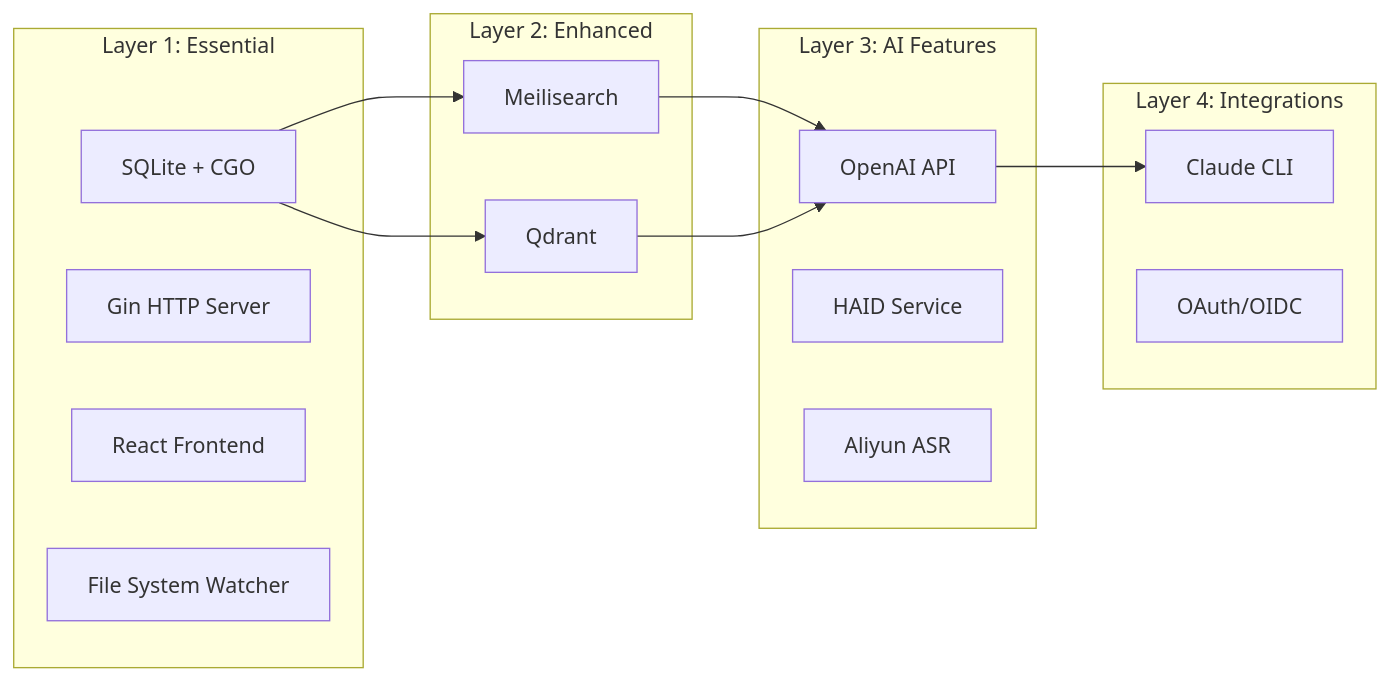
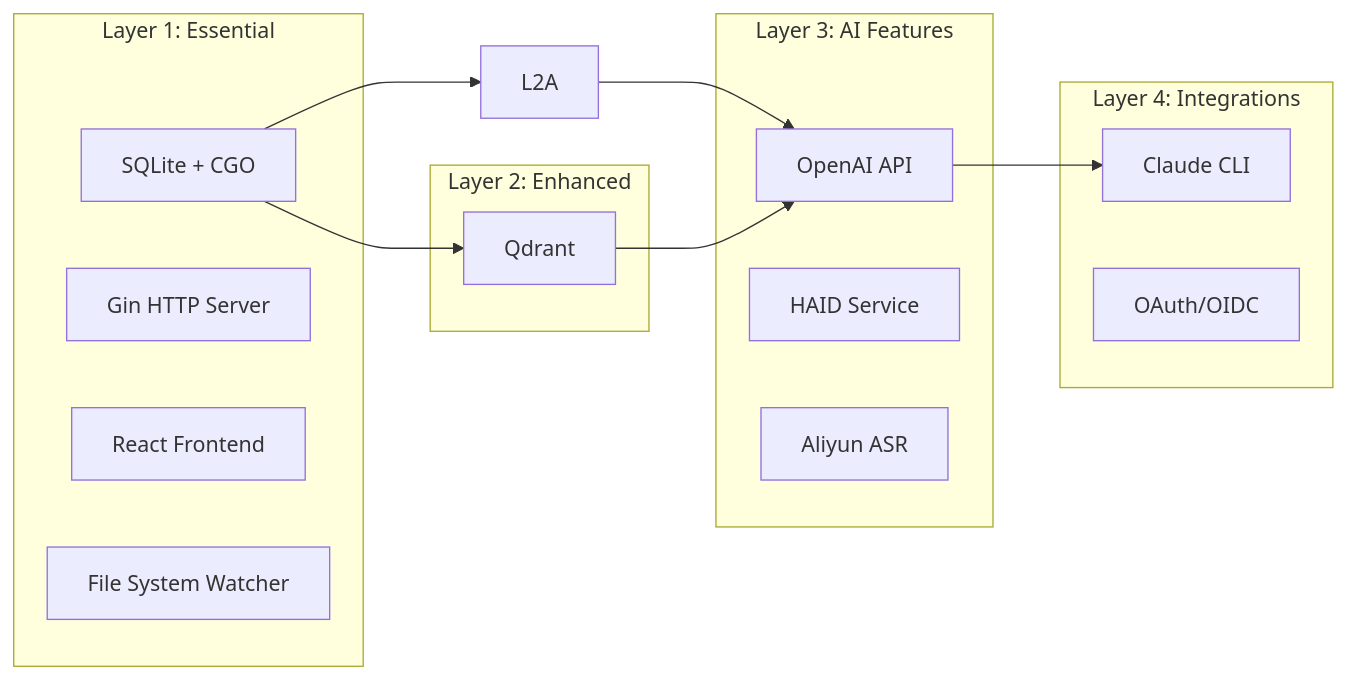
The second of 8 diagrams in src/content/docs/internal/architecture/macos-standalone-architecture.md (xiaoyuanzhu-com/my-life-db-docs), drawn with Mermaid before and after one commit. The commit also changed other lines of this file and 17 other files, not shown here.

````diff
--- a/src/content/docs/internal/architecture/macos-standalone-architecture.md
+++ b/src/content/docs/internal/architecture/macos-standalone-architecture.md
@@ -59,31 +57,30 @@
 ```mermaid
 graph LR
     subgraph "Layer 1: Essential"
         L1A[SQLite + CGO]
         L1B[Gin HTTP Server]
         L1C[React Frontend]
         L1D[File System Watcher]
     end
 
     subgraph "Layer 2: Enhanced"
-        L2A[Meilisearch]
         L2B[Qdrant]
     end
 
     subgraph "Layer 3: AI Features"
         L3A[OpenAI API]
         L3B[HAID Service]
         L3C[Aliyun ASR]
     end
 
     subgraph "Layer 4: Integrations"
         L4A[Claude CLI]
         L4B[OAuth/OIDC]
     end
 
     L1A --> L2A
     L1A --> L2B
     L2A --> L3A
     L2B --> L3A
     L3A --> L4A
 ```
````
